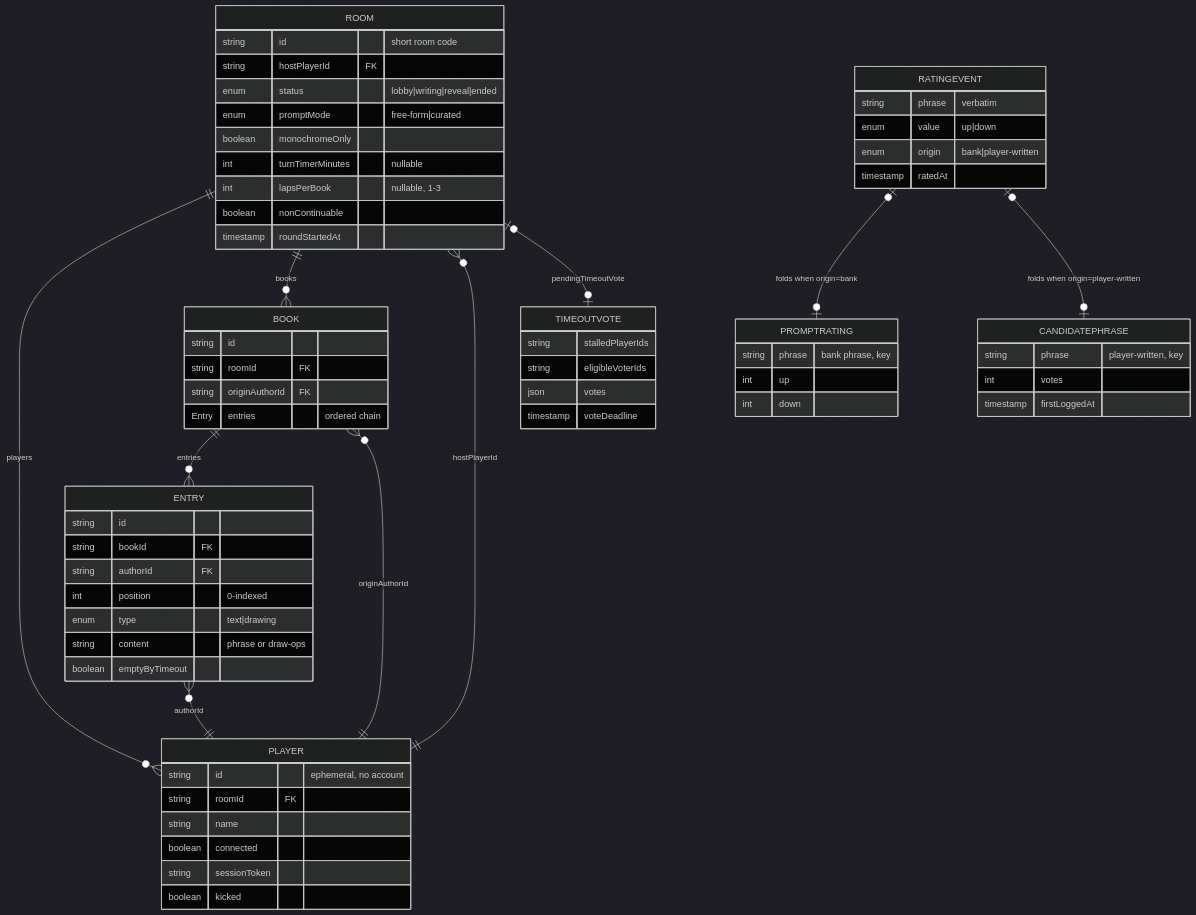
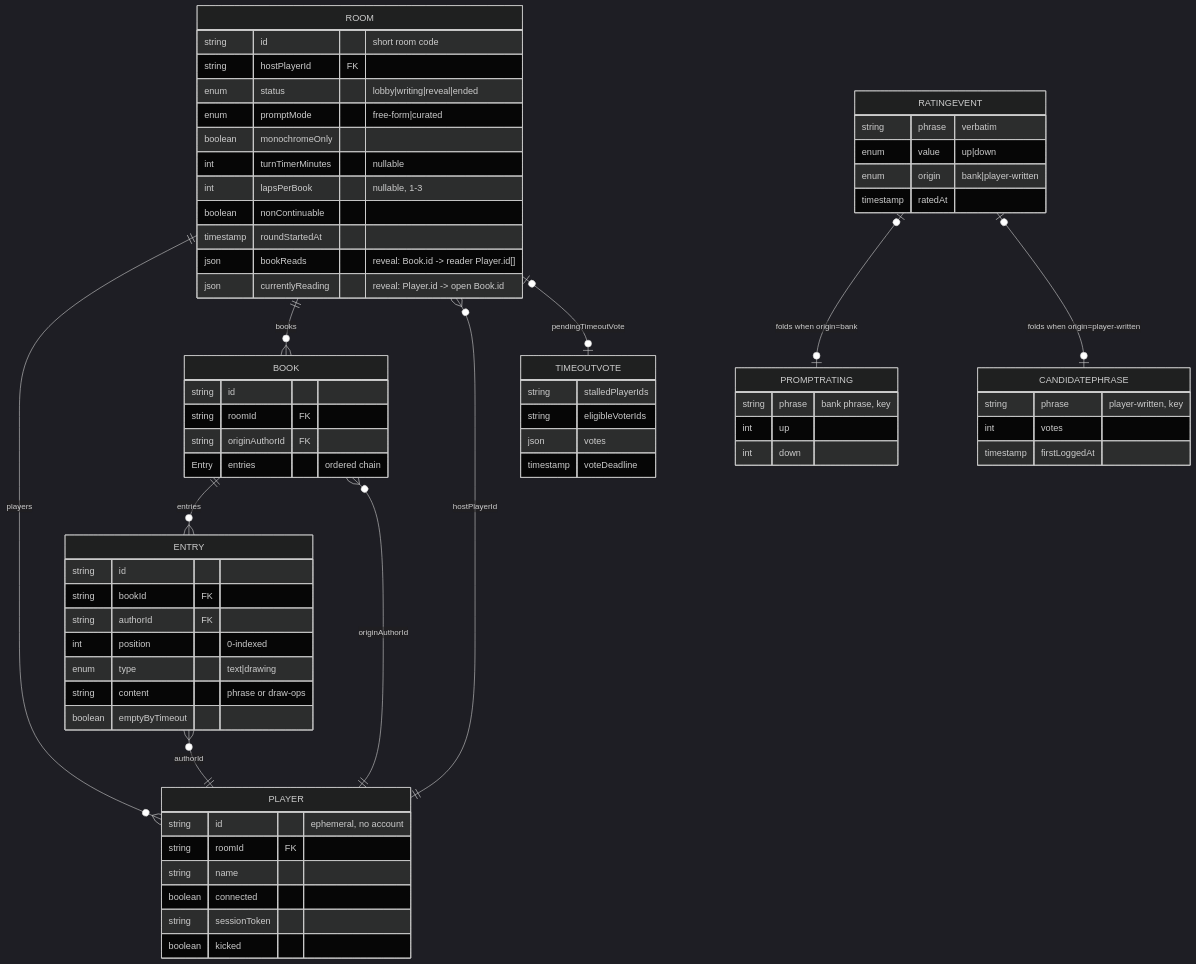
Before and after one commit to moui72/exquisite-telephone: the first of 3 diagrams in README.md, drawn with Mermaid (dark theme). The commit also changed other lines of this file, not shown here.

First line of the commit message:
docs(project): regenerate datamodel + ui diagrams

````diff
--- a/README.md
+++ b/README.md
@@ -137,69 +137,71 @@
 ```mermaid
 erDiagram
     ROOM ||--o{ PLAYER : "players"
     ROOM ||--o{ BOOK : "books"
     ROOM }o--|| PLAYER : "hostPlayerId"
     ROOM |o--o| TIMEOUTVOTE : "pendingTimeoutVote"
     BOOK ||--o{ ENTRY : "entries"
     BOOK }o--|| PLAYER : "originAuthorId"
     ENTRY }o--|| PLAYER : "authorId"
     RATINGEVENT |o--o| PROMPTRATING : "folds when origin=bank"
     RATINGEVENT |o--o| CANDIDATEPHRASE : "folds when origin=player-written"
 
     ROOM {
         string id "short room code"
         string hostPlayerId FK
         enum status "lobby|writing|reveal|ended"
         enum promptMode "free-form|curated"
         boolean monochromeOnly
         int turnTimerMinutes "nullable"
         int lapsPerBook "nullable, 1-3"
         boolean nonContinuable
         timestamp roundStartedAt
+        json bookReads "reveal: Book.id -> reader Player.id[]"
+        json currentlyReading "reveal: Player.id -> open Book.id"
     }
     PLAYER {
         string id "ephemeral, no account"
         string roomId FK
         string name
         boolean connected
         string sessionToken
         boolean kicked
     }
     BOOK {
         string id
         string roomId FK
         string originAuthorId FK
         Entry entries "ordered chain"
     }
     ENTRY {
         string id
         string bookId FK
         string authorId FK
         int position "0-indexed"
         enum type "text|drawing"
         string content "phrase or draw-ops"
         boolean emptyByTimeout
     }
     TIMEOUTVOTE {
         string stalledPlayerIds
         string eligibleVoterIds
         json votes
         timestamp voteDeadline
     }
     RATINGEVENT {
         string phrase "verbatim"
         enum value "up|down"
         enum origin "bank|player-written"
         timestamp ratedAt
     }
     PROMPTRATING {
         string phrase "bank phrase, key"
         int up
         int down
     }
     CANDIDATEPHRASE {
         string phrase "player-written, key"
         int votes
         timestamp firstLoggedAt
     }
 ```
````
